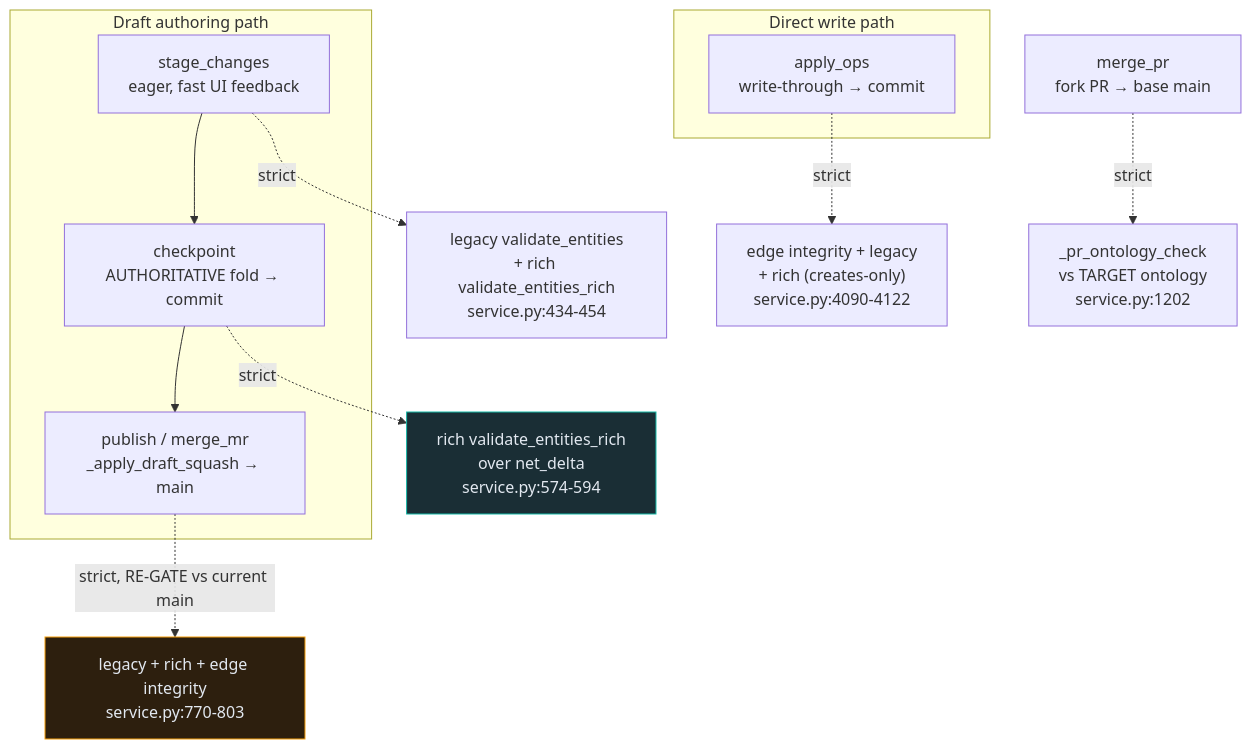
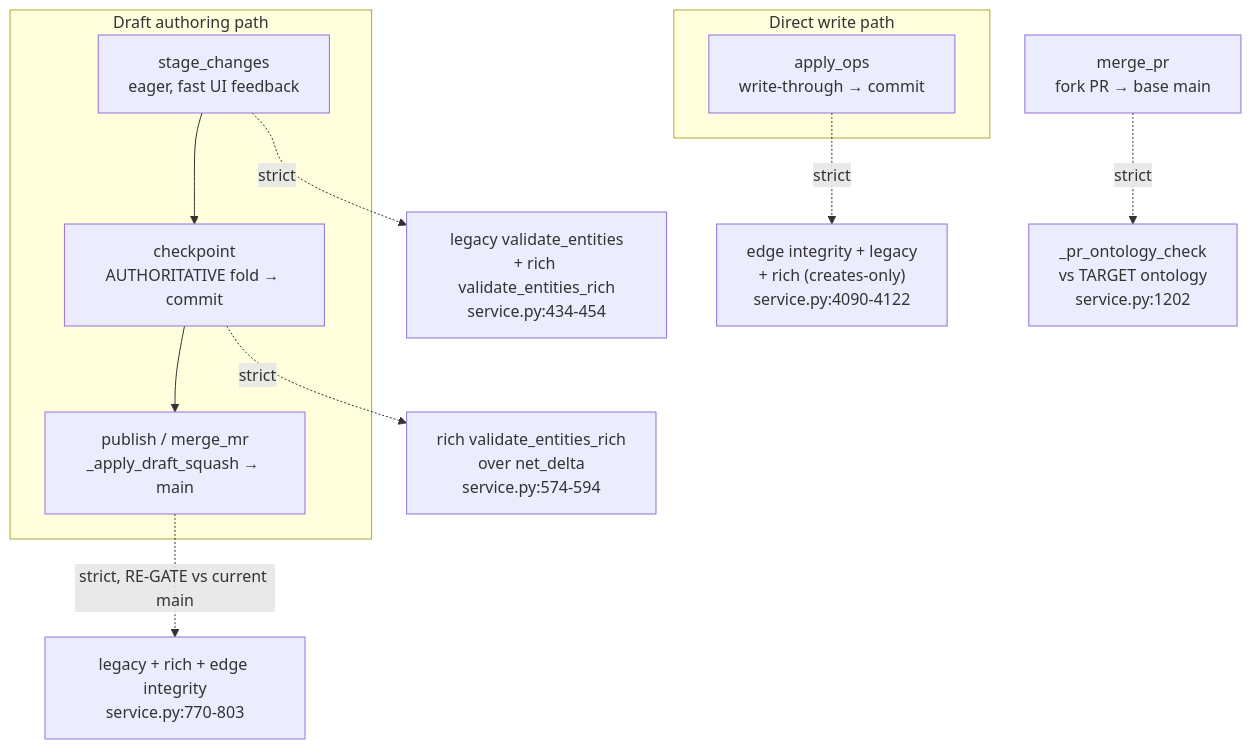
Before and after one commit to rkrumins/dataviz: the diagram in docs/versioning/05-ontology-governance.md, drawn with Mermaid. The commit also changed 46 other files, not shown here.

````diff
--- a/docs/versioning/05-ontology-governance.md
+++ b/docs/versioning/05-ontology-governance.md
@@ -108,22 +108,20 @@
 ```mermaid
 flowchart TD
     subgraph draftpath["Draft authoring path"]
         S["stage_changes<br/>eager, fast UI feedback"]
         C["checkpoint<br/>AUTHORITATIVE fold → commit"]
         P["publish / merge_mr<br/>_apply_draft_squash → main"]
         S --> C --> P
     end
     subgraph directpath["Direct write path"]
         A["apply_ops<br/>write-through → commit"]
     end
     FPR["merge_pr<br/>fork PR → base main"]
 
     S -.->|strict| GS["legacy validate_entities<br/>+ rich validate_entities_rich<br/>service.py:434-454"]
     C -.->|strict| GC["rich validate_entities_rich<br/>over net_delta<br/>service.py:574-594"]
     A -.->|strict| GA["edge integrity + legacy<br/>+ rich (creates-only)<br/>service.py:4090-4122"]
     P -.->|strict, RE-GATE vs current main| GP["legacy + rich + edge integrity<br/>service.py:770-803"]
     FPR -.->|strict| GF["_pr_ontology_check<br/>vs TARGET ontology<br/>service.py:1202"]
 
-    style GC fill:#1a2e35,stroke:#14b8a6,color:#e2e8f0
-    style GP fill:#2d1f0e,stroke:#f59e0b,color:#e2e8f0
 ```
````
